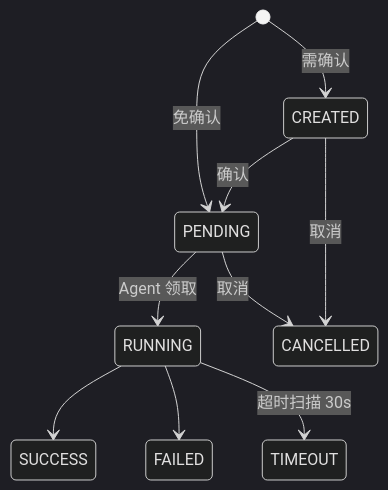
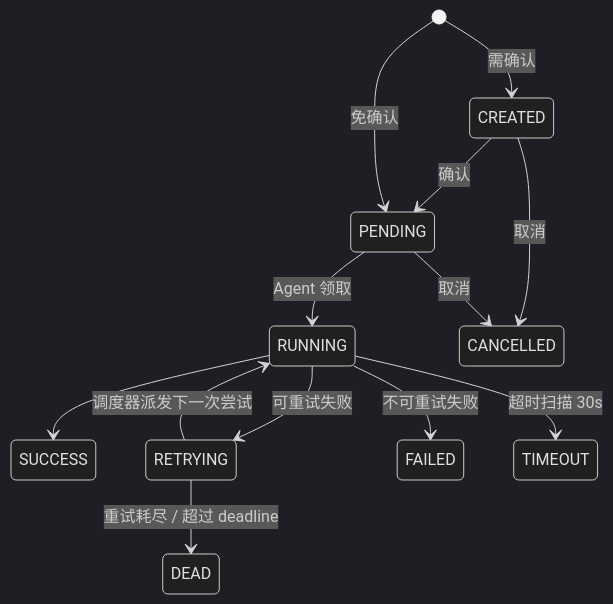
One commit to yvying-xixi/ops-monitor changed the third of 3 diagrams in docs/modules/automation.md. Above: the diagram before and after it, drawn with Mermaid (dark theme). The commit also changed other lines of this file and 13 other files, not shown here.

````diff
--- a/docs/modules/automation.md
+++ b/docs/modules/automation.md
@@ -37,12 +37,15 @@
 ```mermaid
 stateDiagram-v2
     [*] --> CREATED: 需确认
     CREATED --> PENDING: 确认
     [*] --> PENDING: 免确认
     PENDING --> RUNNING: Agent 领取
     RUNNING --> SUCCESS
-    RUNNING --> FAILED
+    RUNNING --> RETRYING: 可重试失败
+    RETRYING --> RUNNING: 调度器派发下一次尝试
+    RETRYING --> DEAD: 重试耗尽 / 超过 deadline
+    RUNNING --> FAILED: 不可重试失败
     RUNNING --> TIMEOUT: 超时扫描 30s
     CREATED --> CANCELLED: 取消
     PENDING --> CANCELLED: 取消
 ```
````
